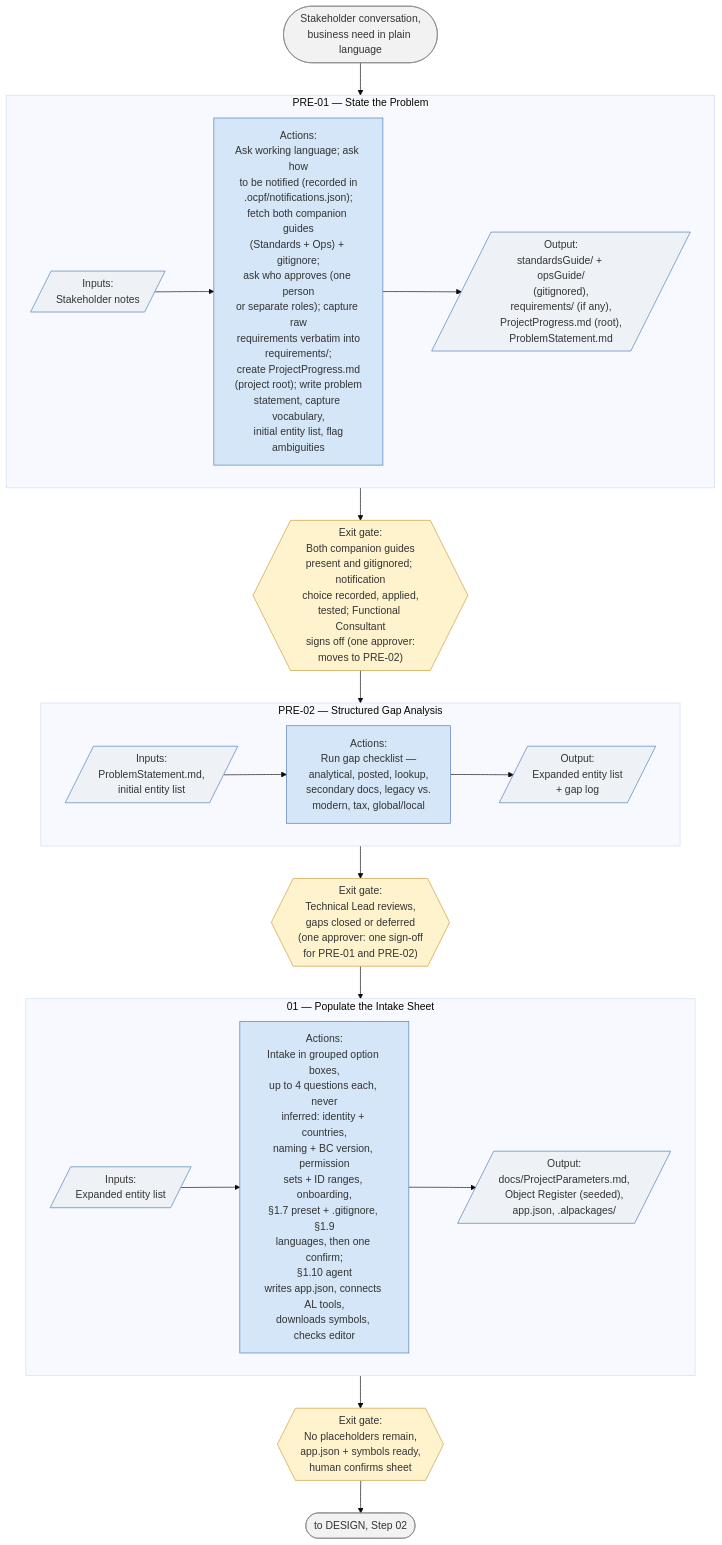
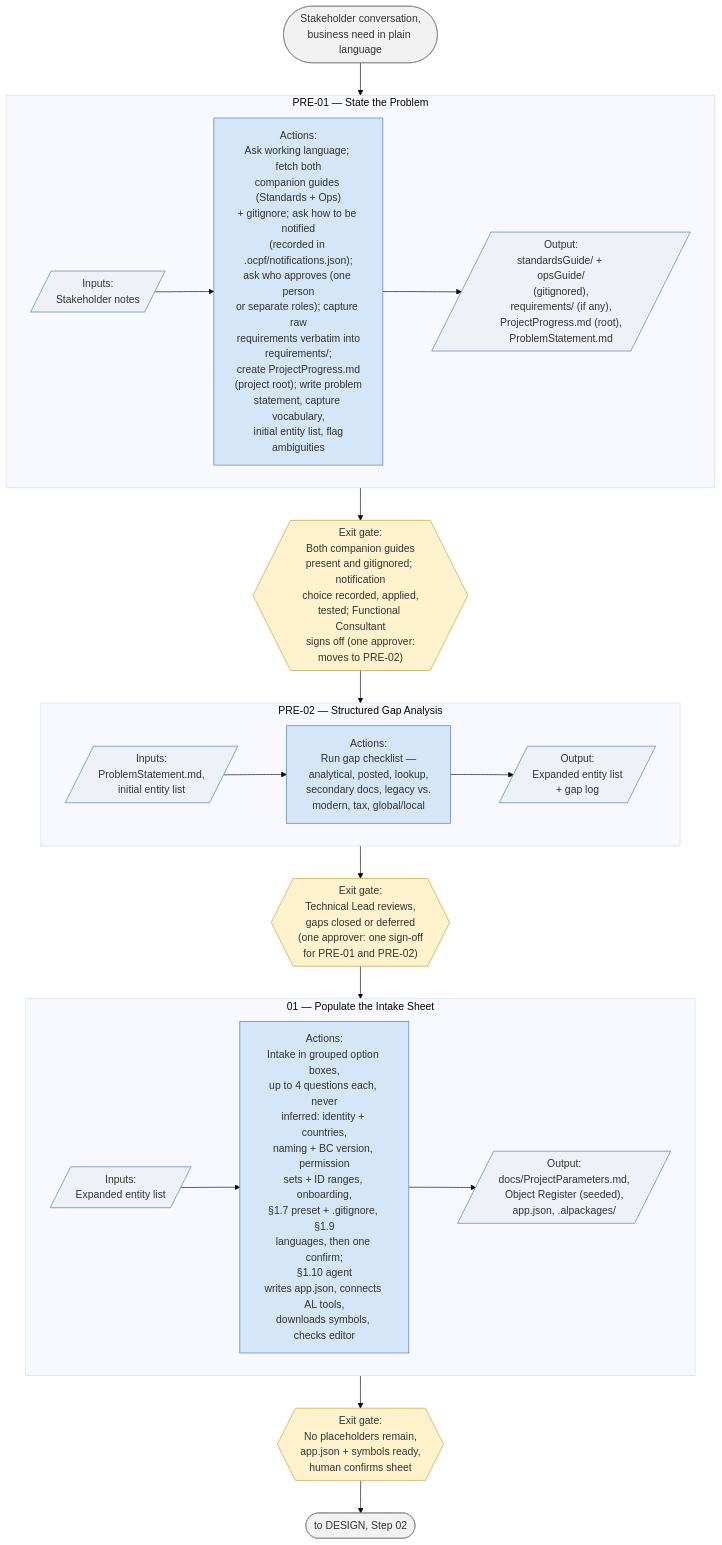
The third of 8 diagrams in fullVersion/RunbookSchematics.md (ajansari/ocpfBcAgenticDevFramework), drawn with Mermaid (base theme) before and after one commit. The commit also changed 6 other files, not shown here.

Commit message:
Ops split: finish the README callouts, diagram bullet order, and header comments

````diff
--- a/fullVersion/RunbookSchematics.md
+++ b/fullVersion/RunbookSchematics.md
@@ -126,35 +126,35 @@
 ```mermaid
 flowchart TD
     Start(["Stakeholder conversation,<br/>business need in plain language"]) --> PRE01
 
     subgraph PRE01["PRE-01 — State the Problem"]
         direction LR
-        In1[/"Inputs:<br/>Stakeholder notes"/] --> Act1["Actions:<br/>Ask working language; ask how<br/>to be notified (recorded in<br/>.ocpf/notifications.json);<br/>fetch both companion guides<br/>(Standards + Ops) + gitignore;<br/>ask who approves (one person<br/>or separate roles); capture raw<br/>requirements verbatim into<br/>requirements/;<br/>create ProjectProgress.md<br/>(project root); write problem<br/>statement, capture vocabulary,<br/>initial entity list, flag<br/>ambiguities"] --> Out1[/"Output:<br/>standardsGuide/ + opsGuide/<br/>(gitignored),<br/>requirements/ (if any),<br/>ProjectProgress.md (root),<br/>ProblemStatement.md"/]
+        In1[/"Inputs:<br/>Stakeholder notes"/] --> Act1["Actions:<br/>Ask working language; fetch both<br/>companion guides (Standards + Ops)<br/>+ gitignore; ask how to be notified<br/>(recorded in .ocpf/notifications.json);<br/>ask who approves (one person<br/>or separate roles); capture raw<br/>requirements verbatim into<br/>requirements/;<br/>create ProjectProgress.md<br/>(project root); write problem<br/>statement, capture vocabulary,<br/>initial entity list, flag<br/>ambiguities"] --> Out1[/"Output:<br/>standardsGuide/ + opsGuide/<br/>(gitignored),<br/>requirements/ (if any),<br/>ProjectProgress.md (root),<br/>ProblemStatement.md"/]
     end
     PRE01 --> Gate1{{"Exit gate:<br/>Both companion guides<br/>present and gitignored; notification<br/>choice recorded, applied,<br/>tested; Functional Consultant<br/>signs off (one approver:<br/>moves to PRE-02)"}}
 
     Gate1 --> PRE02
     subgraph PRE02["PRE-02 — Structured Gap Analysis"]
         direction LR
         In2[/"Inputs:<br/>ProblemStatement.md,<br/>initial entity list"/] --> Act2["Actions:<br/>Run gap checklist —<br/>analytical, posted, lookup,<br/>secondary docs, legacy vs.<br/>modern, tax, global/local"] --> Out2[/"Output:<br/>Expanded entity list<br/>+ gap log"/]
     end
     PRE02 --> Gate2{{"Exit gate:<br/>Technical Lead reviews,<br/>gaps closed or deferred<br/>(one approver: one sign-off<br/>for PRE-01 and PRE-02)"}}
 
     Gate2 --> S01
     subgraph S01["01 — Populate the Intake Sheet"]
         direction LR
         In3[/"Inputs:<br/>Expanded entity list"/] --> Act3["Actions:<br/>Intake in grouped option boxes,<br/>up to 4 questions each, never<br/>inferred: identity + countries,<br/>naming + BC version, permission<br/>sets + ID ranges, onboarding,<br/>§1.7 preset + .gitignore, §1.9<br/>languages, then one confirm;<br/>§1.10 agent<br/>writes app.json, connects AL tools,<br/>downloads symbols, checks editor"] --> Out3[/"Output:<br/>docs/ProjectParameters.md,<br/>Object Register (seeded),<br/>app.json, .alpackages/"/]
     end
     S01 --> Gate3{{"Exit gate:<br/>No placeholders remain,<br/>app.json + symbols ready,<br/>human confirms sheet"}}
 
     Gate3 --> Next(["to DESIGN, Step 02"])
 
     classDef io fill:#eef2f7,stroke:#4a7ab5,stroke-width:1px;
     classDef act fill:#d4e6f7,stroke:#4a7ab5,stroke-width:1px;
     classDef gate fill:#fff3cd,stroke:#c99a3a,stroke-width:1px;
     classDef endpoint fill:#f2f2f2,stroke:#888,stroke-width:1px;
     class In1,Out1,In2,Out2,In3,Out3 io;
     class Act1,Act2,Act3 act;
     class Gate1,Gate2,Gate3 gate;
     class Start,Next endpoint;
 ```
````
